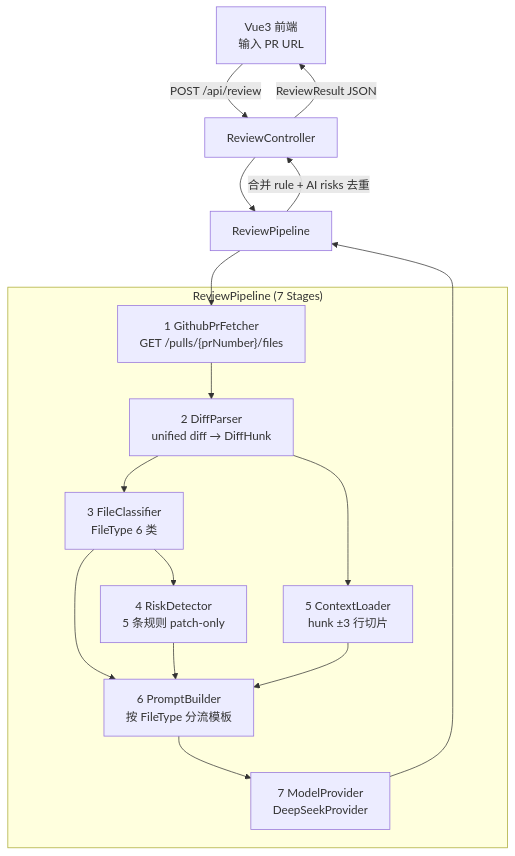
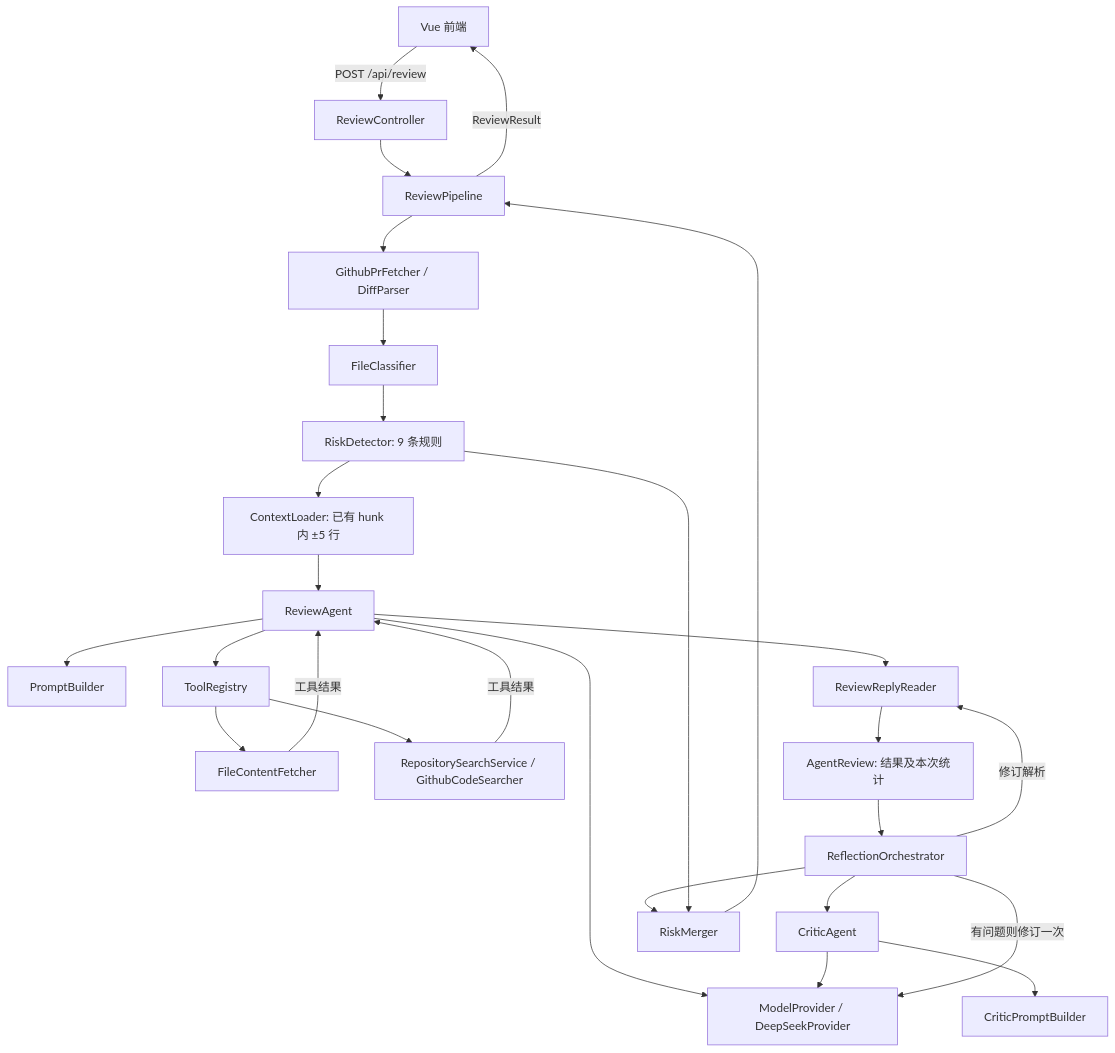
Before and after one commit to LJQHDL/ReviewPilot-: the diagram in docs/architecture.md, drawn with Mermaid. The commit also changed other lines of this file and 46 other files, not shown here.

````diff
--- a/docs/architecture.md
+++ b/docs/architecture.md
@@ -7,36 +5,29 @@
 ```mermaid
 flowchart TD
-
-    UI["Vue3 前端<br/>输入 PR URL"] -->|"POST /api/review"| C["ReviewController"]
-
-    C --> P["ReviewPipeline"]
-
-    subgraph PIPE["ReviewPipeline (7 Stages)"]
-
-        F["1 GithubPrFetcher<br/>GET /pulls/{prNumber}/files"]
-        D["2 DiffParser<br/>unified diff → DiffHunk"]
-        CL["3 FileClassifier<br/>FileType 6 类"]
-        R["4 RiskDetector<br/>5 条规则 patch-only"]
-        CTX["5 ContextLoader<br/>hunk ±3 行切片"]
-        PB["6 PromptBuilder<br/>按 FileType 分流模板"]
-        M["7 ModelProvider<br/>DeepSeekProvider"]
-
-        F --> D
-        D --> CL
-        D --> CTX
-
-        CL --> R
-        CL --> PB
-
-        R --> PB
-        CTX --> PB
-
-        PB --> M
-    end
-
-    P --> F
-    M --> P
-
-    P -->|"合并 rule + AI risks 去重"| C
-    C -->|"ReviewResult JSON"| UI
+    UI[Vue 前端] -->|POST /api/review| C[ReviewController]
+    C --> P[ReviewPipeline]
+    P --> F[GithubPrFetcher / DiffParser]
+    F --> CL[FileClassifier]
+    CL --> R[RiskDetector: 9 条规则]
+    R --> CTX[ContextLoader: 已有 hunk 内 ±5 行]
+    CTX --> A[ReviewAgent]
+    A --> PB[PromptBuilder]
+    A --> MP[ModelProvider / DeepSeekProvider]
+    A --> T[ToolRegistry]
+    T --> FS[FileContentFetcher]
+    T --> S[RepositorySearchService / GithubCodeSearcher]
+    FS -->|工具结果| A
+    S -->|工具结果| A
+    A --> RR[ReviewReplyReader]
+    RR --> AR[AgentReview: 结果及本次统计]
+    AR --> RE[ReflectionOrchestrator]
+    RE --> CA[CriticAgent]
+    CA --> CP[CriticPromptBuilder]
+    CA --> MP
+    RE -->|有问题则修订一次| MP
+    RE -->|修订解析| RR
+    RE --> RM[RiskMerger]
+    R --> RM
+    RM --> P
+    P -->|ReviewResult| UI
 ```
````
